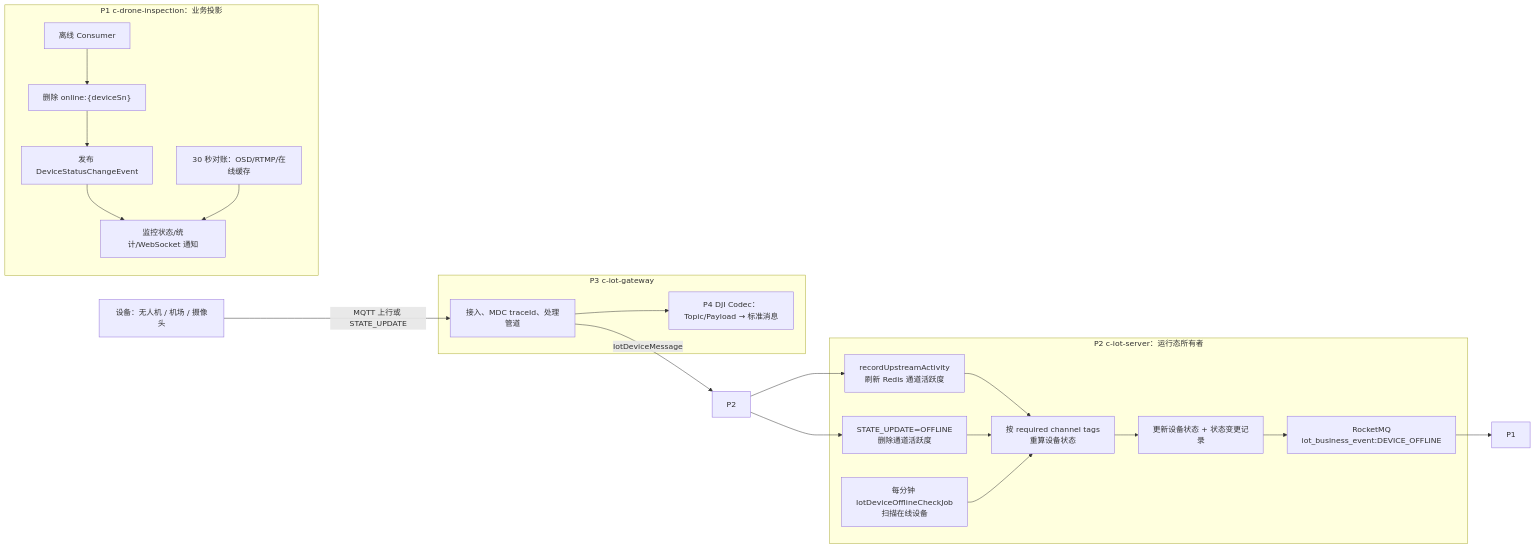
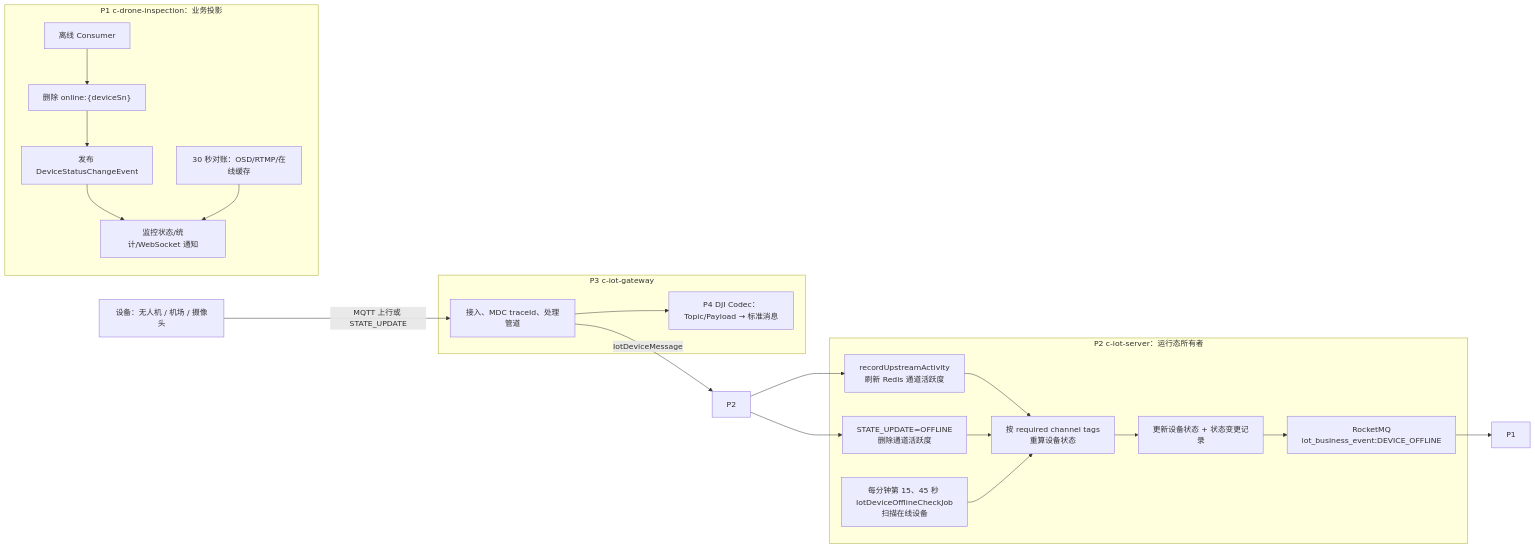
One commit to cnxutu/tu-engineering-workbench changed the first of 3 diagrams in products/company/device-inspection-platform/flows/device-offline-status-flow.md. Above: the diagram before and after it, drawn with Mermaid. The commit also changed other lines of this file, not shown here.

````diff
--- a/products/company/device-inspection-platform/flows/device-offline-status-flow.md
+++ b/products/company/device-inspection-platform/flows/device-offline-status-flow.md
@@ -11,30 +11,30 @@
 ```mermaid
 flowchart LR
     DEV["设备：无人机 / 机场 / 摄像头"] -->|MQTT 上行或 STATE_UPDATE| P3
     subgraph P3G["P3 c-iot-gateway"]
       P3["接入、MDC traceId、处理管道"]
       P4["P4 DJI Codec：Topic/Payload → 标准消息"]
       P3 --> P4
     end
     P3 -->|IotDeviceMessage| P2
     subgraph P2S["P2 c-iot-server：运行态所有者"]
       ACT["recordUpstreamActivity\n刷新 Redis 通道活跃度"]
       EXPLICIT["STATE_UPDATE=OFFLINE\n删除通道活跃度"]
-      TIMER["每分钟 IotDeviceOfflineCheckJob\n扫描在线设备"]
+      TIMER["每分钟第 15、45 秒 IotDeviceOfflineCheckJob\n扫描在线设备"]
       CALC["按 required channel tags\n重算设备状态"]
       DB["更新设备状态 + 状态变更记录"]
       EVENT["RocketMQ\niot_business_event:DEVICE_OFFLINE"]
       ACT --> CALC
       EXPLICIT --> CALC
       TIMER --> CALC --> DB --> EVENT
     end
     P2 --> ACT
     P2 --> EXPLICIT
     EVENT --> P1
     subgraph P1B["P1 c-drone-inspection：业务投影"]
       CONSUMER["离线 Consumer"] --> CACHE["删除 online:{deviceSn}"]
       CACHE --> LOCAL["发布 DeviceStatusChangeEvent"]
       LOCAL --> MONITOR["监控状态/统计/WebSocket 通知"]
       RECON["30 秒对账：OSD/RTMP/在线缓存"] --> MONITOR
     end
 ```
````
